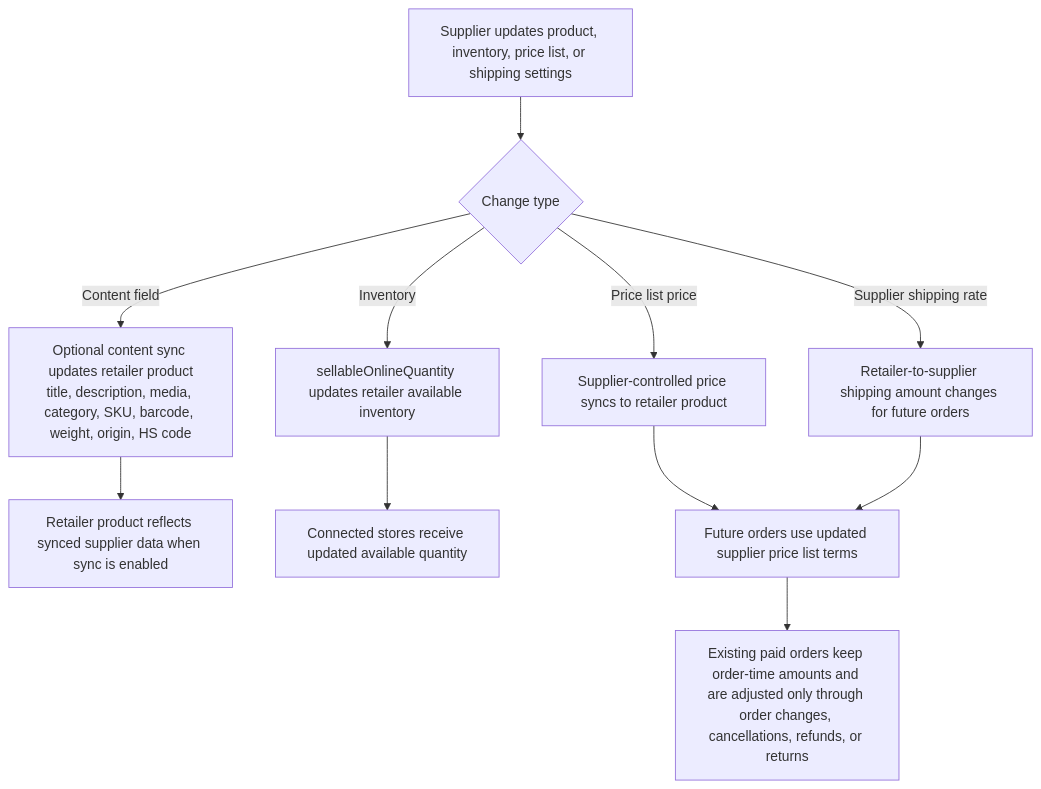
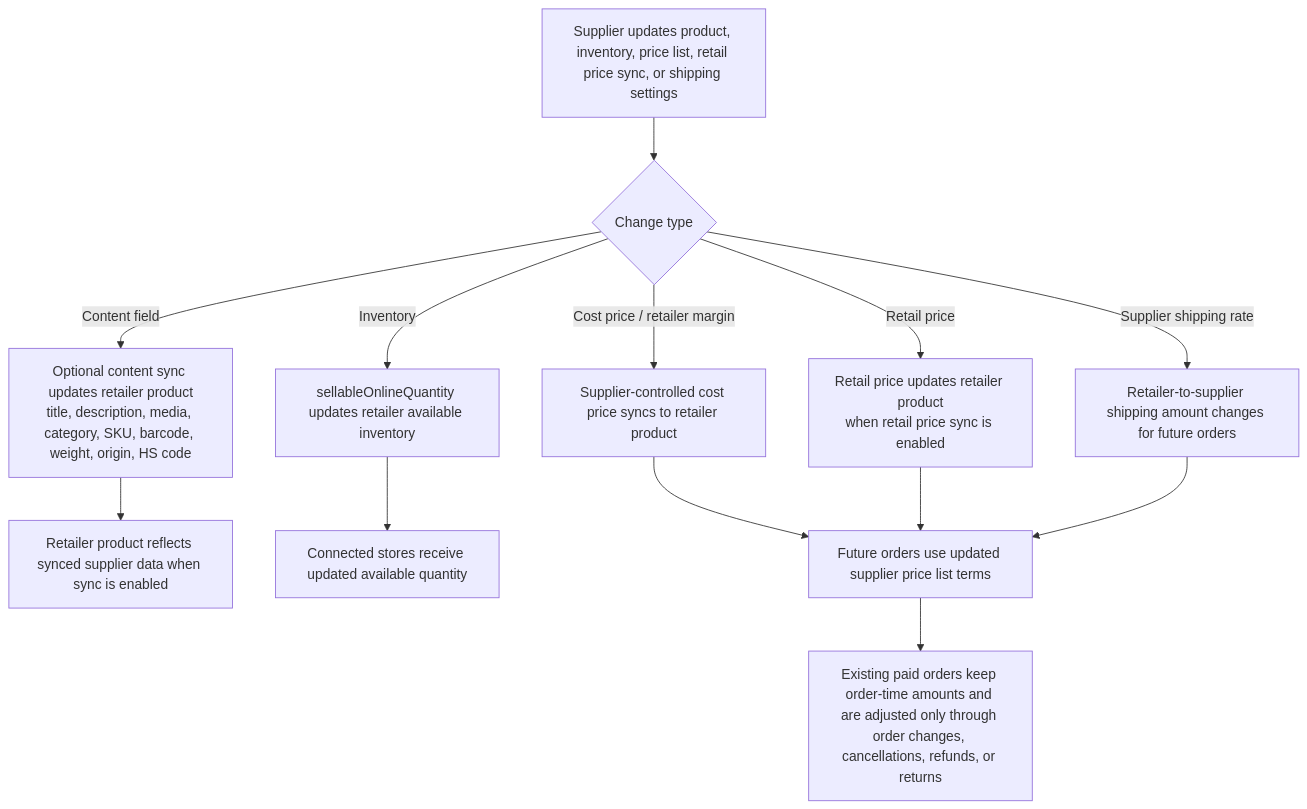
Before and after one commit to shopify-apac-ts/shopify-technical-docs: the eighth of 9 diagrams in products/shopify-collective/architecture.md, drawn with Mermaid. The commit also changed other lines of this file and 4 other files, not shown here.

````diff
--- a/products/shopify-collective/architecture.md
+++ b/products/shopify-collective/architecture.md
@@ -243,15 +246,17 @@
 ```mermaid
 flowchart TD
-    A["Supplier updates product, inventory, price list, or shipping settings"] --> B{"Change type"}
+    A["Supplier updates product, inventory, price list, retail price sync, or shipping settings"] --> B{"Change type"}
 
     B -->|"Content field"| C["Optional content sync updates retailer product<br/>title, description, media, category, SKU, barcode, weight, origin, HS code"]
     B -->|"Inventory"| D["sellableOnlineQuantity updates retailer available inventory"]
-    B -->|"Price list price"| E["Supplier-controlled price syncs to retailer product"]
+    B -->|"Cost price / retailer margin"| E["Supplier-controlled cost price syncs to retailer product"]
+    B -->|"Retail price"| K["Retail price updates retailer product<br/>when retail price sync is enabled"]
     B -->|"Supplier shipping rate"| F["Retailer-to-supplier shipping amount changes for future orders"]
 
     C --> G["Retailer product reflects synced supplier data when sync is enabled"]
     D --> H["Connected stores receive updated available quantity"]
     E --> I["Future orders use updated supplier price list terms"]
+    K --> I
     F --> I
     I --> J["Existing paid orders keep order-time amounts and are adjusted only through order changes, cancellations, refunds, or returns"]
 ```
````
